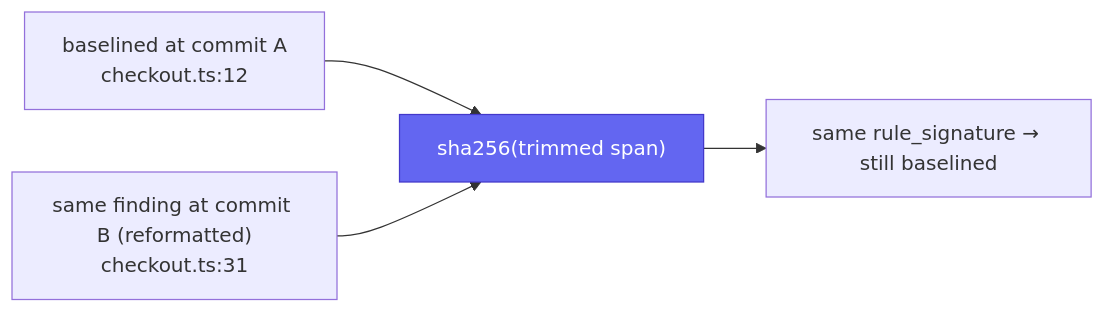
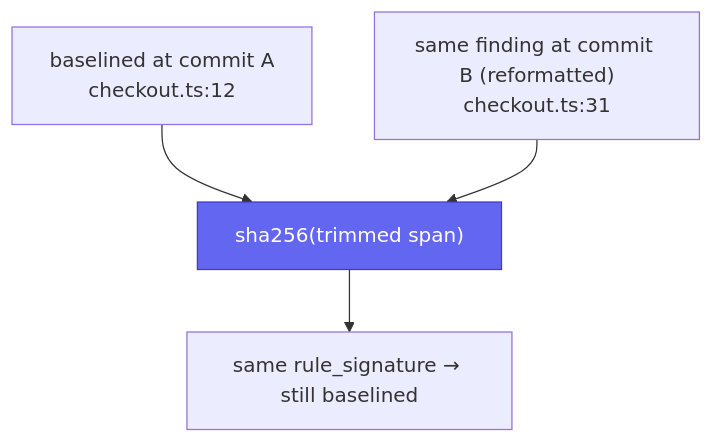
Before and after one commit to TAJD/cofferdam: the first of 2 diagrams in docs/budgets.md, drawn with Mermaid. The commit also changed other lines of this file and 42 other files, not shown here.

````diff
--- a/docs/budgets.md
+++ b/docs/budgets.md
@@ -10,8 +10,8 @@
 ```mermaid
-flowchart LR
+flowchart TB
     A["baselined at commit A<br/>checkout.ts:12"] --> H["sha256(trimmed span)"]
     B["same finding at commit B (reformatted)<br/>checkout.ts:31"] --> H
     H --> R["same rule_signature → still baselined"]
 
     style H fill:#6366f1,color:#fff,stroke:#4338ca
 ```
````
